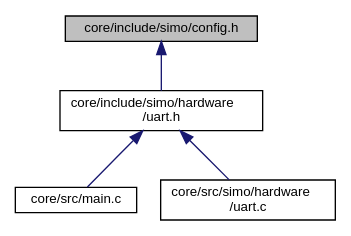
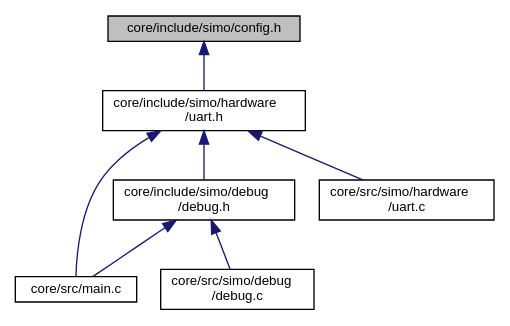
The diagram in docs/config_8h__dep__incl.dot (Germanvelardez2018/simo.v2), drawn with Graphviz before and after one commit. The commit also changed 149 other files, not shown here.

Commit message:
Se agrego modulo debug.h y .c para configurar una salida de debug

```diff
--- a/docs/config_8h__dep__incl.dot
+++ b/docs/config_8h__dep__incl.dot
@@ -1,13 +1,18 @@
 digraph "core/include/simo/config.h"
 {
  // LATEX_PDF_SIZE
   edge [fontname="Helvetica",fontsize="10",labelfontname="Helvetica",labelfontsize="10"];
   node [fontname="Helvetica",fontsize="10",shape=record];
   Node1 [label="core/include/simo/config.h",height=0.2,width=0.4,color="black", fillcolor="grey75", style="filled", fontcolor="black",tooltip="Archivo con configuraciones y definiciones. Se incluye en la mayoria de los modulos."];
   Node1 -> Node2 [dir="back",color="midnightblue",fontsize="10",style="solid",fontname="Helvetica"];
   Node2 [label="core/include/simo/hardware\l/uart.h",height=0.2,width=0.4,color="black", fillcolor="white", style="filled",URL="$uart_8h.html",tooltip="Header de capa para manejor del hardware UART (NIVEL 0)"];
   Node2 -> Node3 [dir="back",color="midnightblue",fontsize="10",style="solid",fontname="Helvetica"];
-  Node3 [label="core/src/main.c",height=0.2,width=0.4,color="black", fillcolor="white", style="filled",URL="$main_8c.html",tooltip="Aplicacion SIMO v2."];
+  Node3 [label="core/include/simo/debug\l/debug.h",height=0.2,width=0.4,color="black", fillcolor="white", style="filled",URL="$debug_8h.html",tooltip="Objeto debug y funciones asociadas."];
+  Node3 -> Node4 [dir="back",color="midnightblue",fontsize="10",style="solid",fontname="Helvetica"];
+  Node4 [label="core/src/main.c",height=0.2,width=0.4,color="black", fillcolor="white", style="filled",URL="$main_8c.html",tooltip="Aplicacion SIMO v2."];
+  Node3 -> Node5 [dir="back",color="midnightblue",fontsize="10",style="solid",fontname="Helvetica"];
+  Node5 [label="core/src/simo/debug\l/debug.c",height=0.2,width=0.4,color="black", fillcolor="white", style="filled",URL="$debug_8c.html",tooltip="Funciones para configurar puerto de debug."];
   Node2 -> Node4 [dir="back",color="midnightblue",fontsize="10",style="solid",fontname="Helvetica"];
-  Node4 [label="core/src/simo/hardware\l/uart.c",height=0.2,width=0.4,color="black", fillcolor="white", style="filled",URL="$uart_8c.html",tooltip="Implementacion de capa para manejor del hardware UART (NIVEL 0)"];
+  Node2 -> Node6 [dir="back",color="midnightblue",fontsize="10",style="solid",fontname="Helvetica"];
+  Node6 [label="core/src/simo/hardware\l/uart.c",height=0.2,width=0.4,color="black", fillcolor="white", style="filled",URL="$uart_8c.html",tooltip="Implementacion de capa para manejor del hardware UART (NIVEL 0)"];
 }
```
